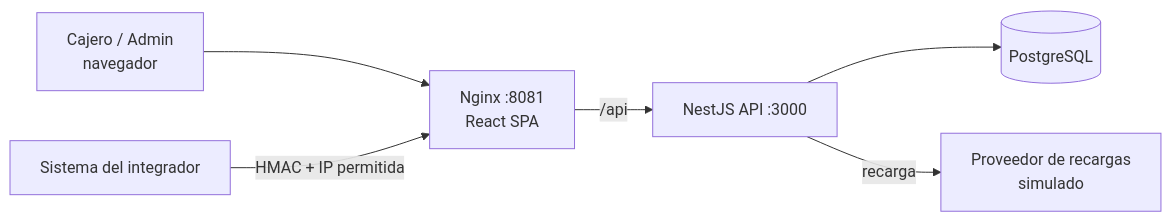
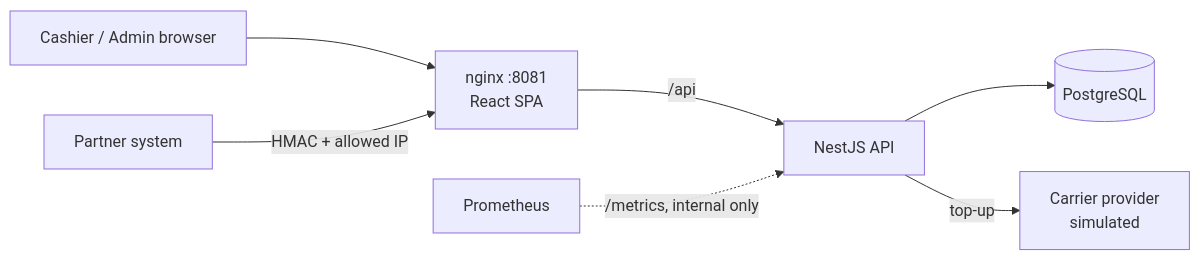
Before and after one commit to vzuliani97/paypoint: the first of 2 diagrams in README.md, drawn with Mermaid. The commit also changed other lines of this file, not shown here.

````diff
--- a/README.md
+++ b/README.md
@@ -29,8 +30,9 @@
 ```mermaid
 flowchart LR
-  C[Cajero / Admin<br/>navegador] --> N[Nginx :8081<br/>React SPA]
-  I[Sistema del integrador] -->|HMAC + IP permitida| N
-  N -->|/api| A[NestJS API :3000]
+  C[Cashier / Admin browser] --> N[nginx :8081<br/>React SPA]
+  I[Partner system] -->|HMAC + allowed IP| N
+  N -->|/api| A[NestJS API]
   A --> DB[(PostgreSQL)]
-  A -->|recarga| P[Proveedor de recargas<br/>simulado]
+  A -->|top-up| P[Carrier provider<br/>simulated]
+  Prom[Prometheus] -.->|/metrics, internal only| A
 ```
````
